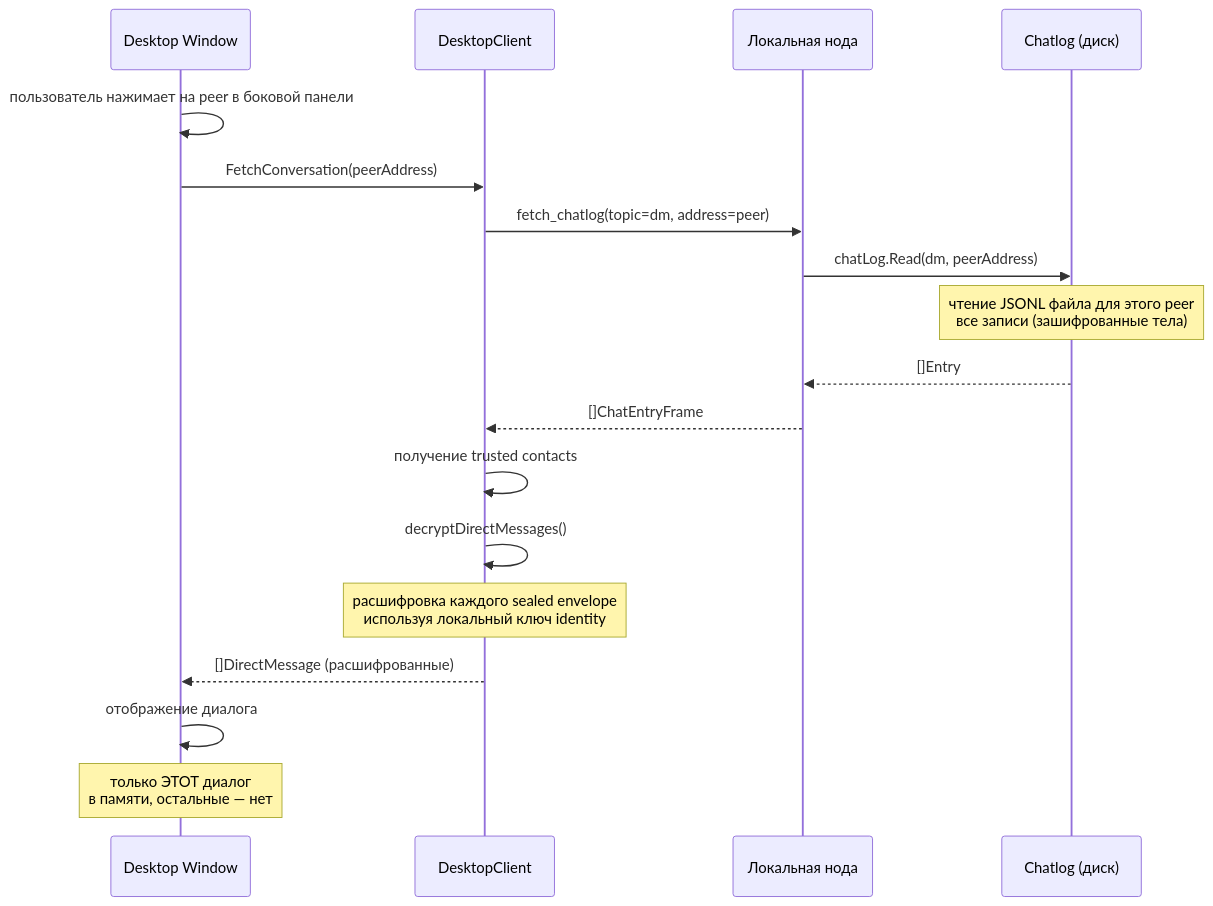
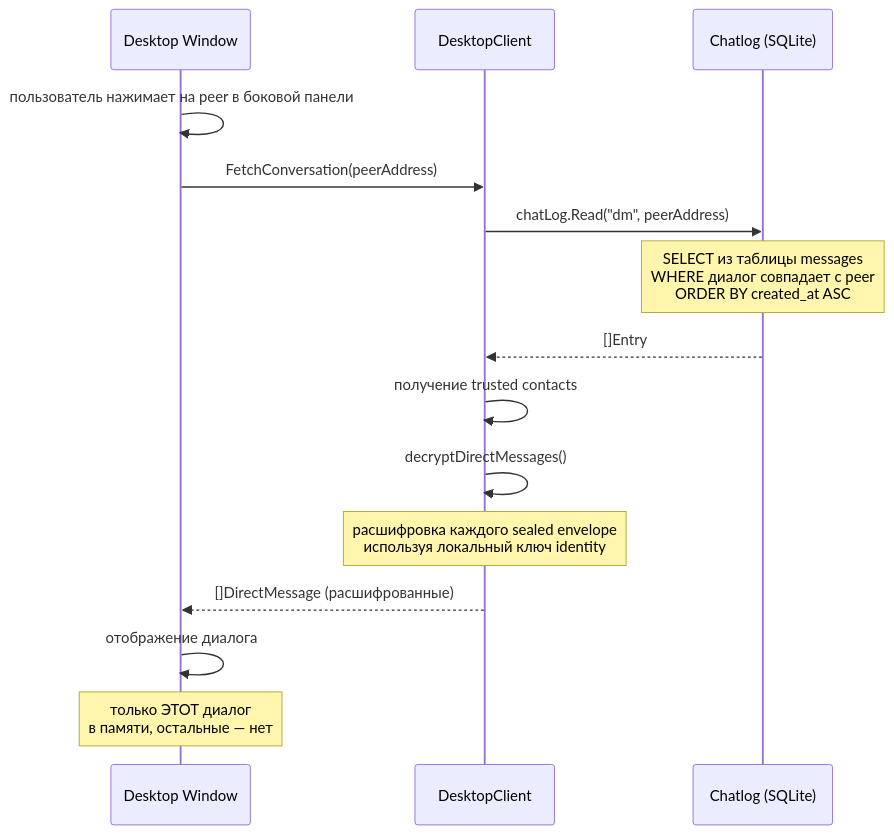
One commit to piratecash/corsa changed diagram 13 of 16 in docs/chatlog.md. Above: the diagram before and after it, drawn with Mermaid. The commit also changed other lines of this file and 35 other files, not shown here.

First line of the commit message:
feat(service): extract DMRouter, migrate chatlog to SQLite, add structured logging

````diff
--- a/docs/chatlog.md
+++ b/docs/chatlog.md
@@ -477,21 +847,18 @@
 ```mermaid
 sequenceDiagram
     participant UI as Desktop Window
     participant SVC as DesktopClient
-    participant NODE as Локальная нода
-    participant LOG as Chatlog (диск)
+    participant LOG as Chatlog (SQLite)
 
     UI->>UI: пользователь нажимает на peer в боковой панели
     UI->>SVC: FetchConversation(peerAddress)
-    SVC->>NODE: fetch_chatlog(topic=dm, address=peer)
-    NODE->>LOG: chatLog.Read(dm, peerAddress)
-    Note over LOG: чтение JSONL файла для этого peer<br/>все записи (зашифрованные тела)
-    LOG-->>NODE: []Entry
-    NODE-->>SVC: []ChatEntryFrame
+    SVC->>LOG: chatLog.Read("dm", peerAddress)
+    Note over LOG: SELECT из таблицы messages<br/>WHERE диалог совпадает с peer<br/>ORDER BY created_at ASC
+    LOG-->>SVC: []Entry
     SVC->>SVC: получение trusted contacts
     SVC->>SVC: decryptDirectMessages()
     Note over SVC: расшифровка каждого sealed envelope<br/>используя локальный ключ identity
     SVC-->>UI: []DirectMessage (расшифрованные)
     UI->>UI: отображение диалога
     Note over UI: только ЭТОТ диалог<br/>в памяти, остальные — нет
 ```
````
